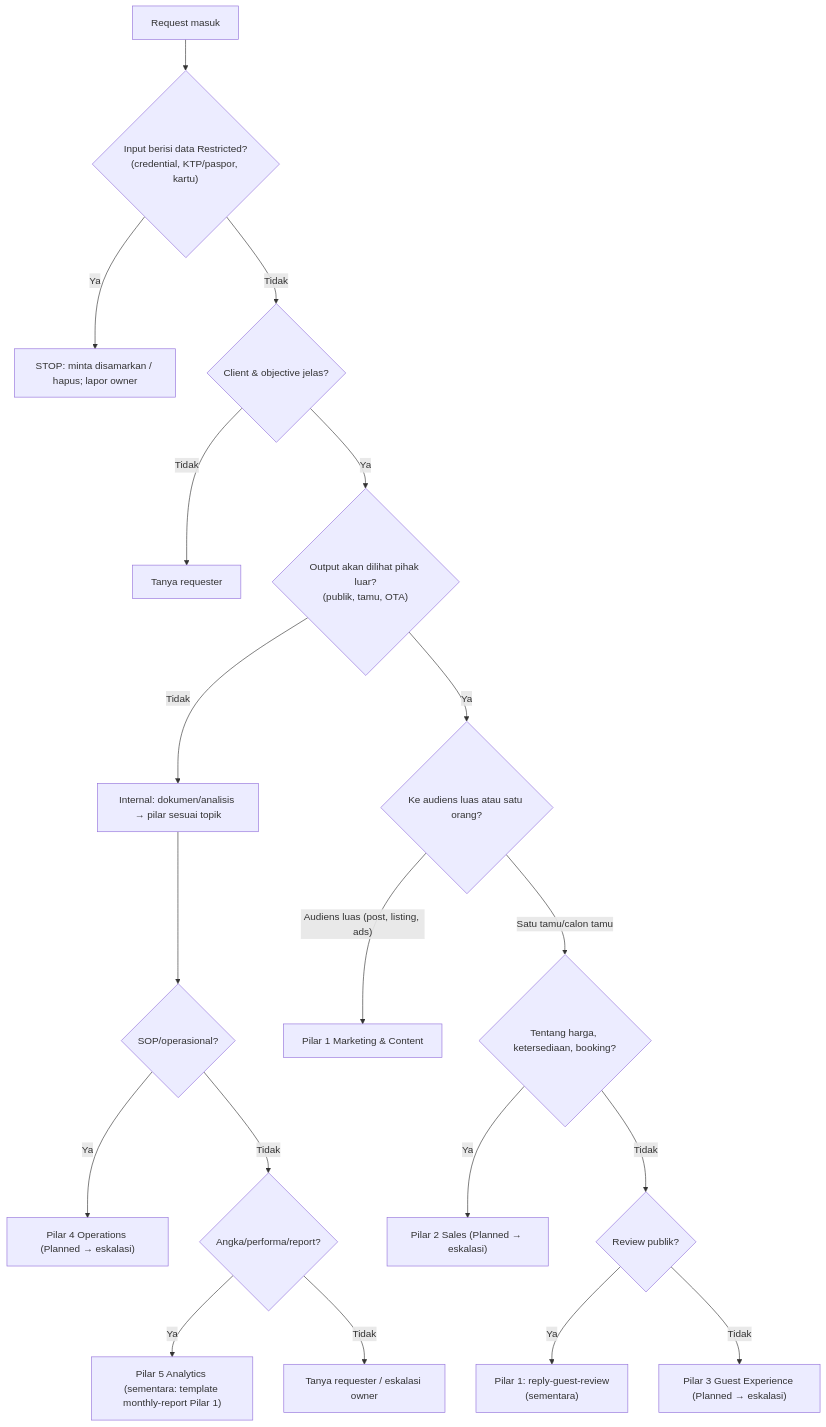
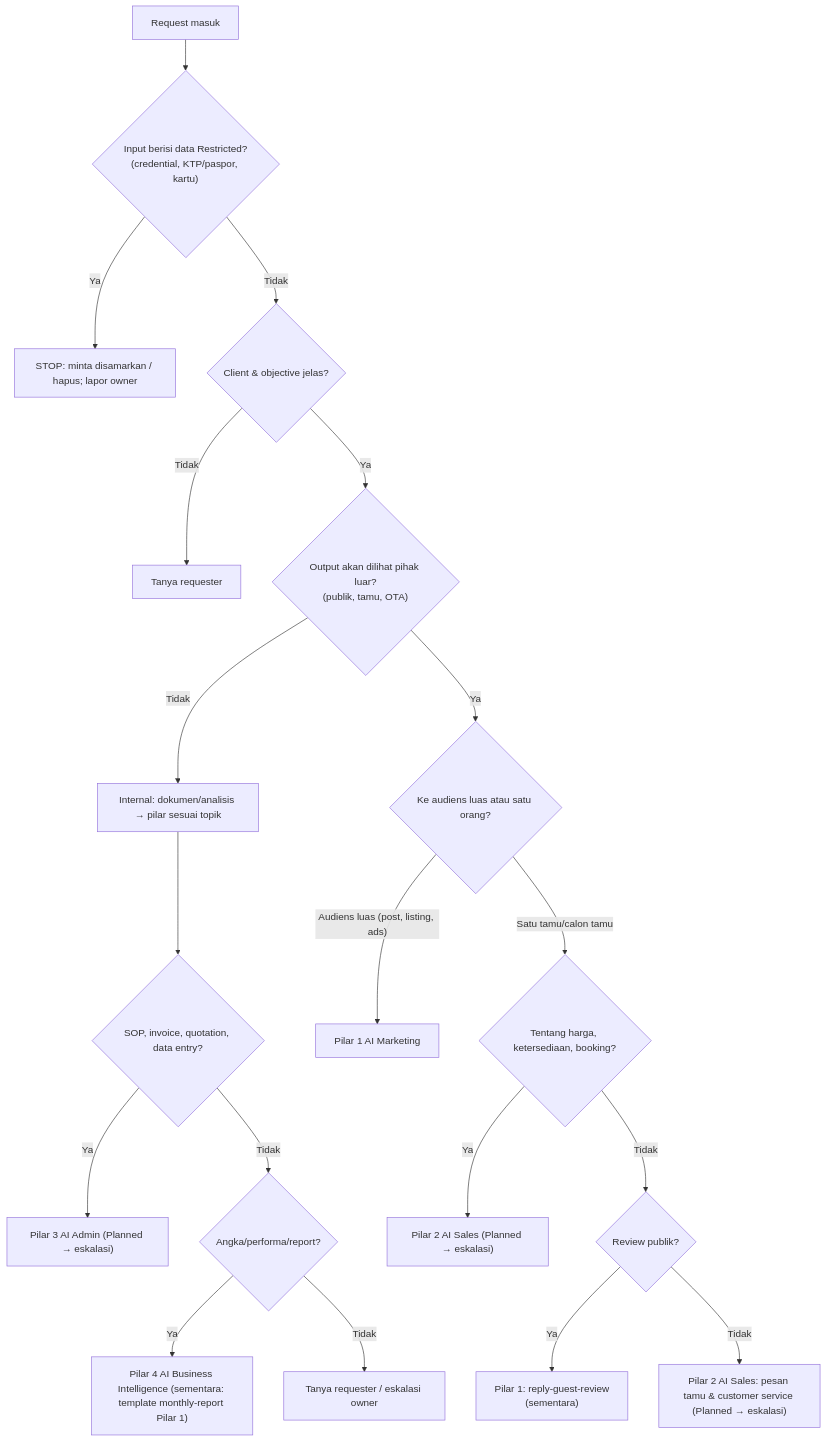
One commit to d34faiza-commits/clau-core changed the diagram in orchestrator/decision-tree.md. Above: the diagram before and after it, drawn with Mermaid. The commit also changed other lines of this file and 13 other files, not shown here.

````diff
--- a/orchestrator/decision-tree.md
+++ b/orchestrator/decision-tree.md
@@ -5,21 +5,21 @@
 ```mermaid
 flowchart TD
     A["Request masuk"] --> B{"Input berisi data Restricted?<br/>(credential, KTP/paspor, kartu)"}
     B -- Ya --> X1["STOP: minta disamarkan / hapus; lapor owner"]
     B -- Tidak --> C{"Client & objective jelas?"}
     C -- Tidak --> X2["Tanya requester"]
     C -- Ya --> D{"Output akan dilihat pihak luar?<br/>(publik, tamu, OTA)"}
     D -- Tidak --> E["Internal: dokumen/analisis → pilar sesuai topik"]
     D -- Ya --> F{"Ke audiens luas atau satu orang?"}
-    F -- "Audiens luas (post, listing, ads)" --> P1["Pilar 1 Marketing & Content"]
+    F -- "Audiens luas (post, listing, ads)" --> P1["Pilar 1 AI Marketing"]
     F -- "Satu tamu/calon tamu" --> G{"Tentang harga, ketersediaan, booking?"}
-    G -- Ya --> P2["Pilar 2 Sales (Planned → eskalasi)"]
+    G -- Ya --> P2["Pilar 2 AI Sales (Planned → eskalasi)"]
     G -- Tidak --> H{"Review publik?"}
     H -- Ya --> P1R["Pilar 1: reply-guest-review<br/>(sementara)"]
-    H -- Tidak --> P3["Pilar 3 Guest Experience (Planned → eskalasi)"]
-    E --> I{"SOP/operasional?"}
-    I -- Ya --> P4["Pilar 4 Operations (Planned → eskalasi)"]
+    H -- Tidak --> P3["Pilar 2 AI Sales: pesan tamu & customer service (Planned → eskalasi)"]
+    E --> I{"SOP, invoice, quotation, data entry?"}
+    I -- Ya --> P4["Pilar 3 AI Admin (Planned → eskalasi)"]
     I -- Tidak --> J{"Angka/performa/report?"}
-    J -- Ya --> P5["Pilar 5 Analytics (sementara: template monthly-report Pilar 1)"]
+    J -- Ya --> P5["Pilar 4 AI Business Intelligence (sementara: template monthly-report Pilar 1)"]
     J -- Tidak --> X3["Tanya requester / eskalasi owner"]
 ```
````
